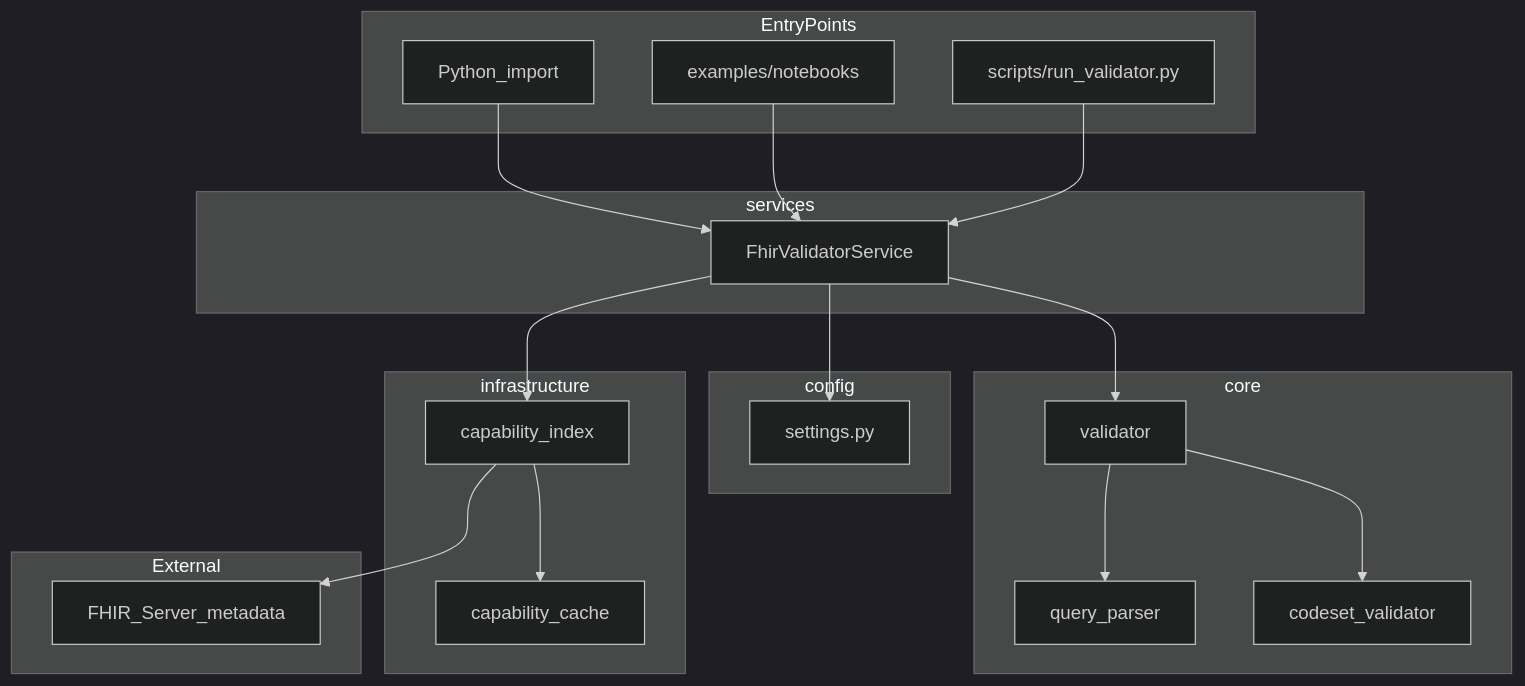
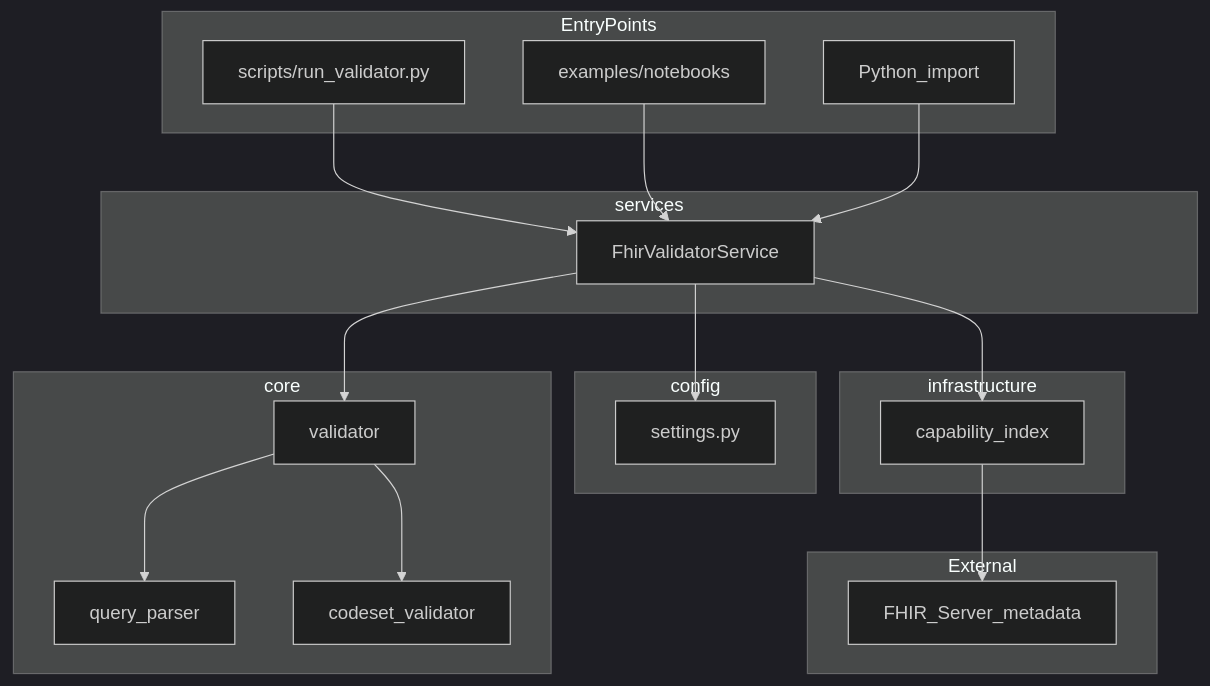
The diagram in README.md (yogesh-parte/fhirqueryvalidator), drawn with Mermaid (dark theme) before and after one commit. The commit also changed other lines of this file and 39 other files, not shown here.

````diff
--- a/README.md
+++ b/README.md
@@ -11,42 +11,40 @@
 ```mermaid
 flowchart TB
     subgraph entry [EntryPoints]
         CLI[scripts/run_validator.py]
         Notebook[examples/notebooks]
         Lib[Python_import]
     end
 
     subgraph services [services]
         ValidatorService[FhirValidatorService]
     end
 
     subgraph config [config]
         Settings[settings.py]
     end
 
     subgraph core [core]
         Parser[query_parser]
         Validator[validator]
         Codesets[codeset_validator]
     end
 
     subgraph infra [infrastructure]
-        CapCache[capability_cache]
         CapIndex[capability_index]
     end
 
     subgraph external [External]
         FHIRServer[FHIR_Server_metadata]
     end
 
     CLI --> ValidatorService
     Notebook --> ValidatorService
     Lib --> ValidatorService
     ValidatorService --> Settings
     ValidatorService --> CapIndex
     ValidatorService --> Validator
     Validator --> Parser
     Validator --> Codesets
-    CapIndex --> CapCache
     CapIndex --> FHIRServer
 ```
````
